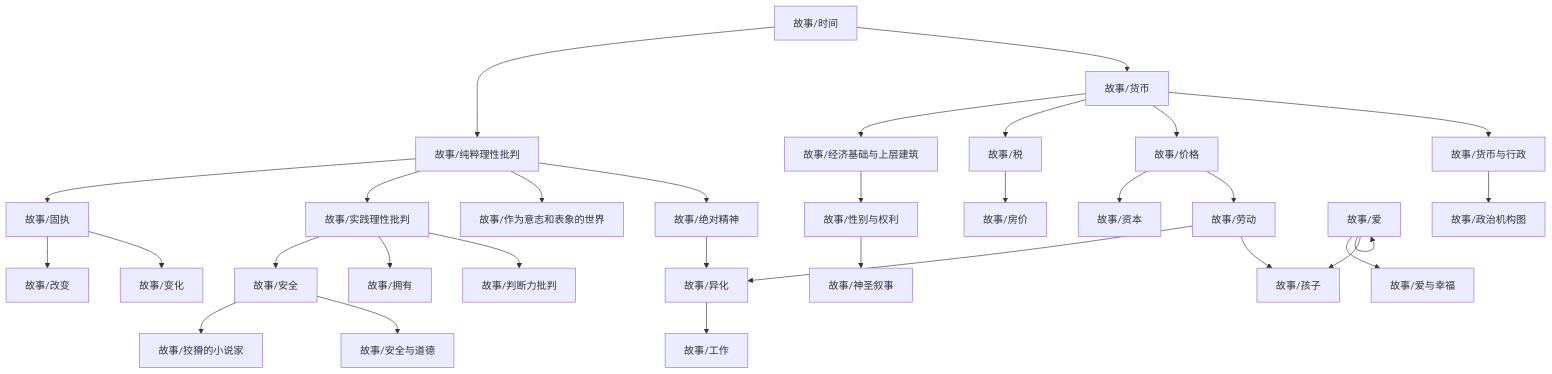
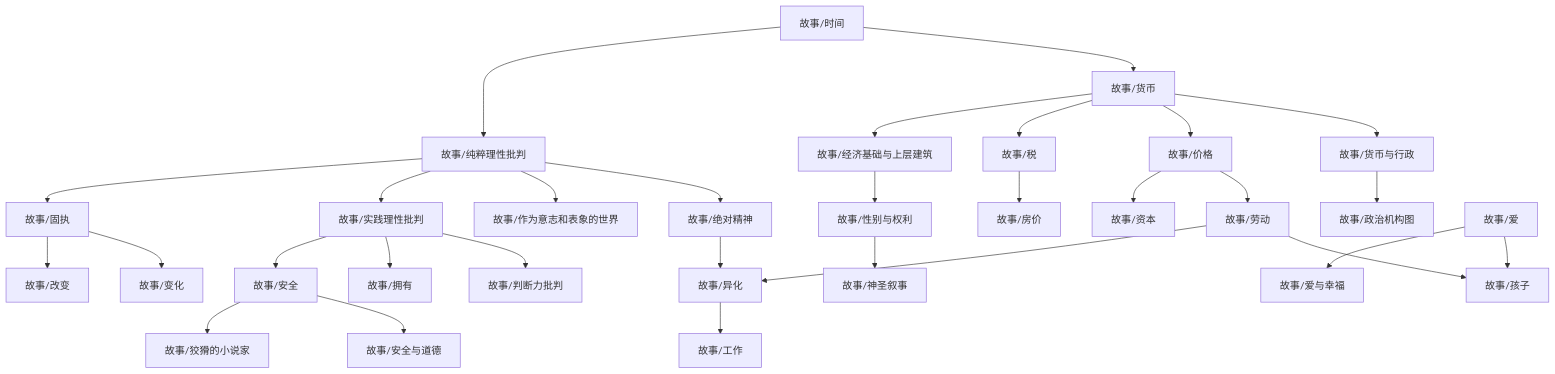
One commit to zeroDtree/zeroDtree.github.io changed the diagram in content/故事/dependency_graph.md. Above: the diagram before and after it, drawn with Mermaid. The commit also changed 2 other files, not shown here.

Commit message:
githooks

````diff
--- a/content/故事/dependency_graph.md
+++ b/content/故事/dependency_graph.md
@@ -1,33 +1,32 @@
 ```mermaid
 graph TD
 1["故事/劳动"] --> 0["故事/异化"]
 2["故事/绝对精神"] --> 0["故事/异化"]
 4["故事/纯粹理性批判"] --> 3["故事/固执"]
 6["故事/经济基础与上层建筑"] --> 5["故事/性别与权利"]
 8["故事/价格"] --> 7["故事/资本"]
 3["故事/固执"] --> 9["故事/改变"]
 11["故事/安全"] --> 10["故事/狡猾的小说家"]
 4["故事/纯粹理性批判"] --> 12["故事/实践理性批判"]
 13["故事/时间"] --> 4["故事/纯粹理性批判"]
 12["故事/实践理性批判"] --> 11["故事/安全"]
 14["故事/货币"] --> 6["故事/经济基础与上层建筑"]
 12["故事/实践理性批判"] --> 15["故事/拥有"]
 14["故事/货币"] --> 16["故事/税"]
 16["故事/税"] --> 17["故事/房价"]
 19["故事/货币与行政"] --> 18["故事/政治机构图"]
 3["故事/固执"] --> 20["故事/变化"]
-21["故事/爱"] --> 21["故事/爱"]
 14["故事/货币"] --> 8["故事/价格"]
-4["故事/纯粹理性批判"] --> 23["故事/作为意志和表象的世界"]
+4["故事/纯粹理性批判"] --> 22["故事/作为意志和表象的世界"]
 4["故事/纯粹理性批判"] --> 2["故事/绝对精神"]
 14["故事/货币"] --> 19["故事/货币与行政"]
-11["故事/安全"] --> 24["故事/安全与道德"]
-5["故事/性别与权利"] --> 25["故事/神圣叙事"]
-0["故事/异化"] --> 26["故事/工作"]
-21["故事/爱"] --> 27["故事/爱与幸福"]
+11["故事/安全"] --> 23["故事/安全与道德"]
+5["故事/性别与权利"] --> 24["故事/神圣叙事"]
+0["故事/异化"] --> 25["故事/工作"]
+27["故事/爱"] --> 26["故事/爱与幸福"]
 13["故事/时间"] --> 14["故事/货币"]
-21["故事/爱"] --> 28["故事/孩子"]
+27["故事/爱"] --> 28["故事/孩子"]
 1["故事/劳动"] --> 28["故事/孩子"]
 8["故事/价格"] --> 1["故事/劳动"]
 12["故事/实践理性批判"] --> 29["故事/判断力批判"]
 ```
````
